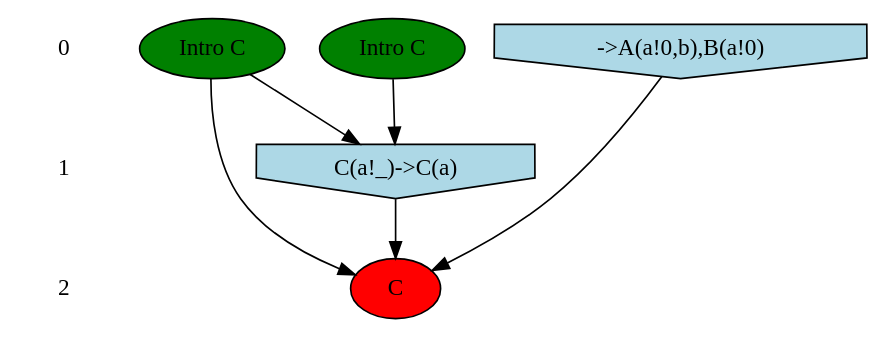
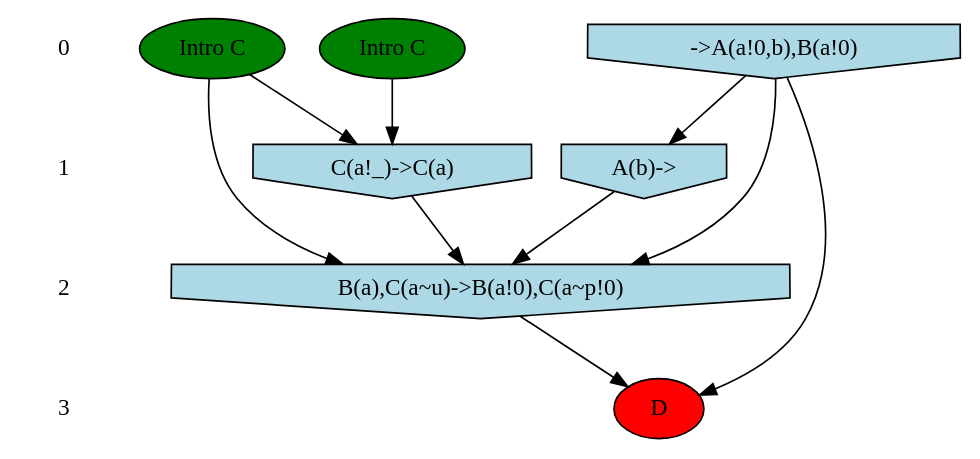
Before and after one commit to Kappa-Dev/KappaTools: the diagram in models/stories/side-effects2/expected-output/cflowCompressed_0.dot, drawn with Graphviz. The commit also changed 4 other files, not shown here.

```diff
--- a/models/stories/side-effects2/expected-output/cflowCompressed_0.dot
+++ b/models/stories/side-effects2/expected-output/cflowCompressed_0.dot
@@ -1,23 +1,31 @@
-/* Compression of 9 causal flows obtained in average at 3.093769E-01 t.u */
-/* Compressed causal flows were: [11;10;9;7;6;5;3;2;1] */
+/* Compression of 3 causal flows obtained in average at 6.558255E-01 t.u */
+/* Compressed causal flows were: [9;7;5] */
 digraph G{
  ranksep=.5 ; 
 { rank = same ; "0" [shape=plaintext] ; node_1 [label ="Intro C", style=filled,fillcolor=green] ;
 node_2 [label ="Intro C", style=filled,fillcolor=green] ;
-node_4 [label="->A(a!0,b),B(a!0)", shape=invhouse, style=filled, fillcolor = lightblue] ;
+node_3 [label="->A(a!0,b),B(a!0)", shape=invhouse, style=filled, fillcolor = lightblue] ;
 }
-{ rank = same ; "1" [shape=plaintext] ; node_3 [label="C(a!_)->C(a)", shape=invhouse, style=filled, fillcolor = lightblue] ;
+{ rank = same ; "1" [shape=plaintext] ; node_4 [label="A(b)->", shape=invhouse, style=filled, fillcolor = lightblue] ;
+node_5 [label="C(a!_)->C(a)", shape=invhouse, style=filled, fillcolor = lightblue] ;
 }
-{ rank = same ; "2" [shape=plaintext] ; node_5 [label ="C", style=filled, fillcolor=red] ;
+{ rank = same ; "2" [shape=plaintext] ; node_6 [label="B(a),C(a~u)->B(a!0),C(a~p!0)", shape=invhouse, style=filled, fillcolor = lightblue] ;
+}
+{ rank = same ; "3" [shape=plaintext] ; node_7 [label ="D", style=filled, fillcolor=red] ;
 }
 "0" -> "1" [style="invis"]; 
 "1" -> "2" [style="invis"]; 
-node_1 -> node_3
-node_2 -> node_3
+"2" -> "3" [style="invis"]; 
+node_3 -> node_4
 node_1 -> node_5
-node_3 -> node_5
-node_4 -> node_5
+node_2 -> node_5
+node_1 -> node_6
+node_3 -> node_6
+node_4 -> node_6
+node_5 -> node_6
+node_3 -> node_7
+node_6 -> node_7
 }
 /*
  Dot generation time: 0.000000
 */
```
